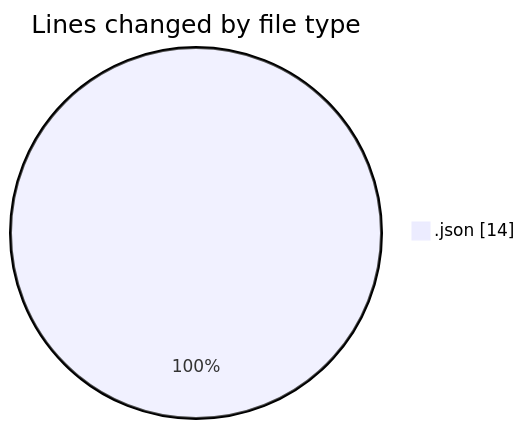
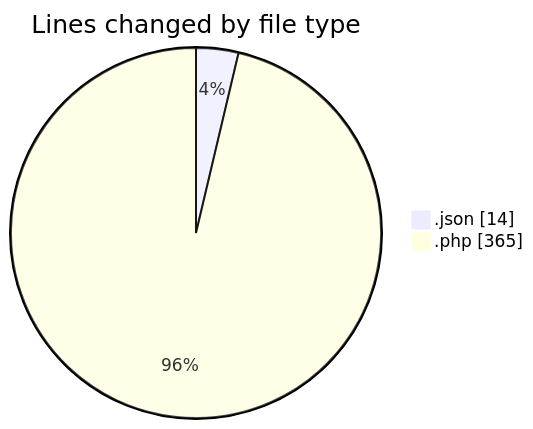
Before and after one commit to debugP/code-tracking: the first of 2 diagrams in 2026-07-27/untitled__workspace_/README.md, drawn with Mermaid. The commit also changed other lines of this file and 1 other file, not shown here.

````diff
--- a/2026-07-27/untitled__workspace_/README.md
+++ b/2026-07-27/untitled__workspace_/README.md
@@ -20,5 +22,6 @@
 ```mermaid
 pie showData
 title Lines changed by file type
 ".json" : 14
+".php" : 365
 ```
````
